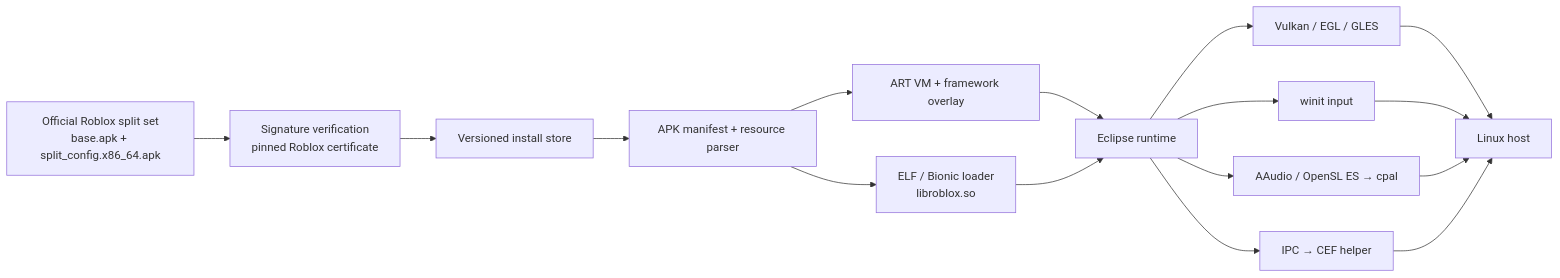
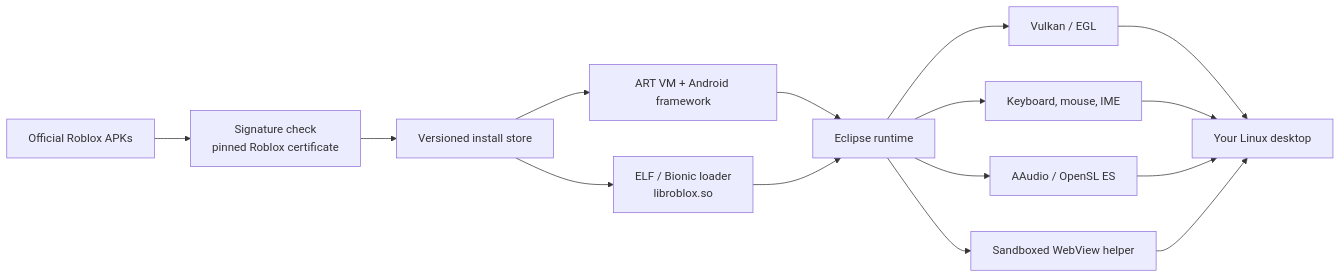
The diagram in README.md (Kuenec/Eclipse), drawn with Mermaid before and after one commit. The commit also changed other lines of this file and 2 other files, not shown here.

````diff
--- a/README.md
+++ b/README.md
@@ -233,18 +61,17 @@
 ```mermaid
 flowchart LR
-    APKs["Official Roblox split set<br/>base.apk + split_config.x86_64.apk"] --> Verify["Signature verification<br/>pinned Roblox certificate"]
+    APKs["Official Roblox APKs"] --> Verify["Signature check<br/>pinned Roblox certificate"]
     Verify --> Store["Versioned install store"]
-    Store --> Parser["APK manifest + resource parser"]
-    Parser --> ART["ART VM + framework overlay"]
-    Parser --> Loader["ELF / Bionic loader<br/>libroblox.so"]
+    Store --> ART["ART VM + Android framework"]
+    Store --> Loader["ELF / Bionic loader<br/>libroblox.so"]
     ART --> Runtime["Eclipse runtime"]
     Loader --> Runtime
-    Runtime --> Graphics["Vulkan / EGL / GLES"]
-    Runtime --> Input["winit input"]
-    Runtime --> Audio["AAudio / OpenSL ES → cpal"]
-    Runtime --> WebView["IPC → CEF helper"]
-    Graphics --> Linux["Linux host"]
+    Runtime --> Graphics["Vulkan / EGL"]
+    Runtime --> Input["Keyboard, mouse, IME"]
+    Runtime --> Audio["AAudio / OpenSL ES"]
+    Runtime --> WebView["Sandboxed WebView helper"]
+    Graphics --> Linux["Your Linux desktop"]
     Input --> Linux
     Audio --> Linux
     WebView --> Linux
 ```
````
